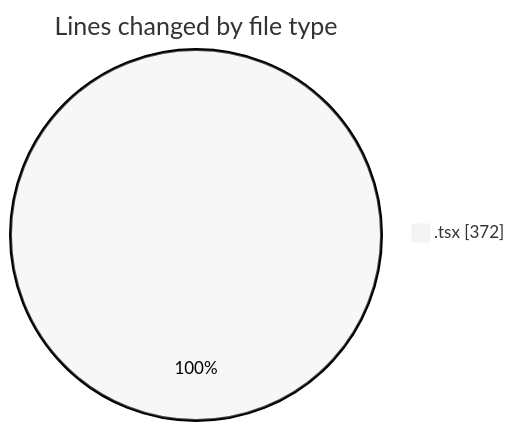
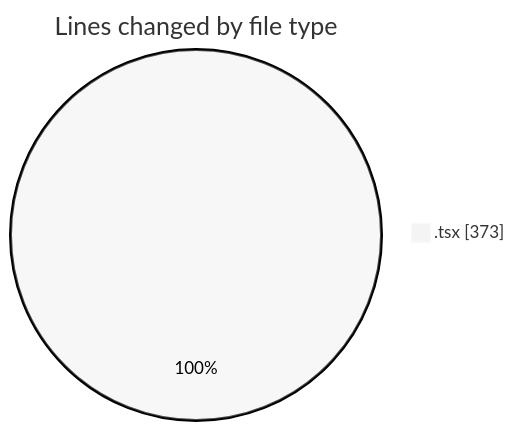
One commit to Elitesun/code-tracking changed the first of 2 diagrams in 2025-05-03/niten/README.md. Above: the diagram before and after it, drawn with Mermaid (neutral theme). The commit also changed other lines of this file and 1 other file, not shown here.

````diff
--- a/2025-05-03/niten/README.md
+++ b/2025-05-03/niten/README.md
@@ -21,5 +21,5 @@
 ```mermaid
 pie showData
 title Lines changed by file type
-".tsx" : 372
+".tsx" : 373
 ```
````
